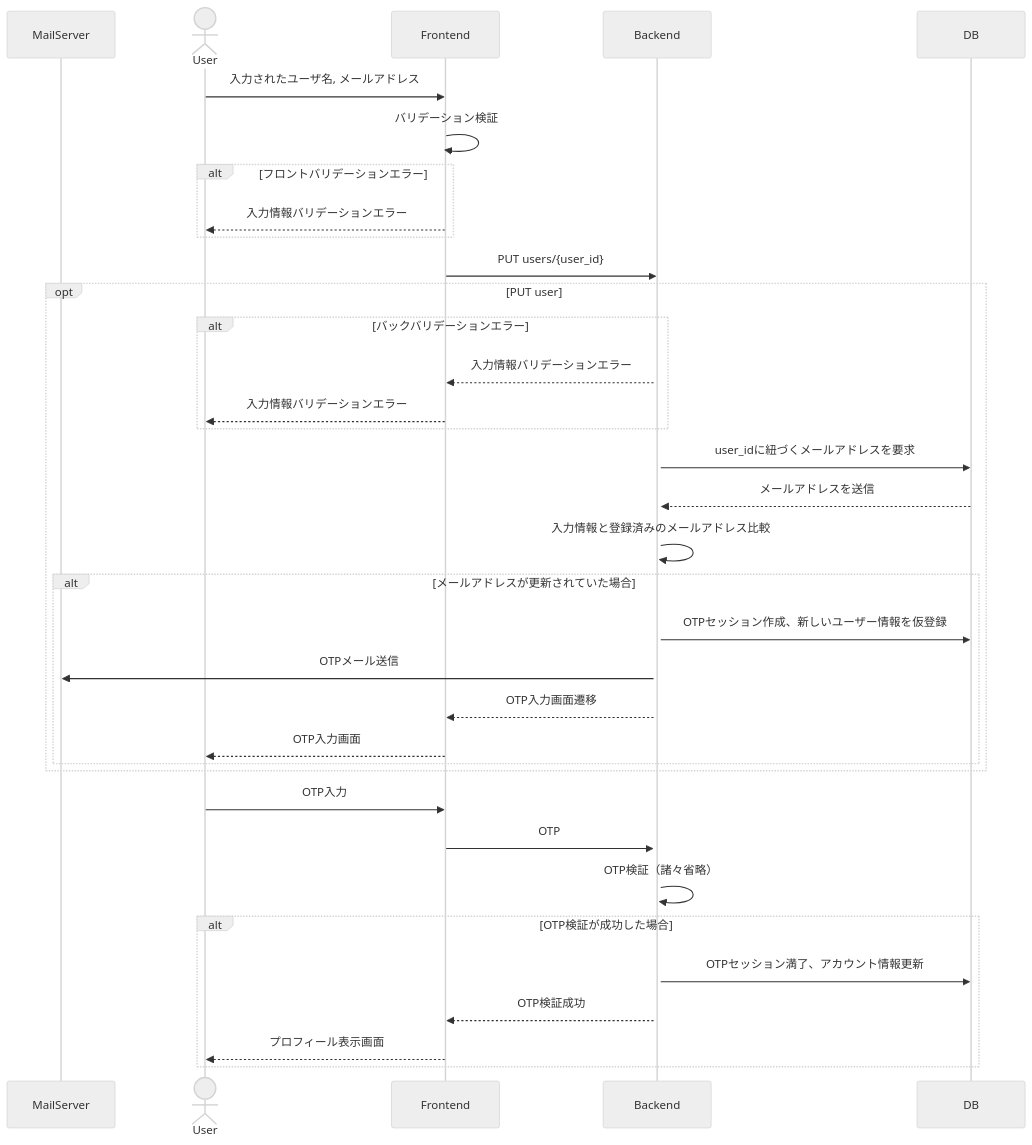
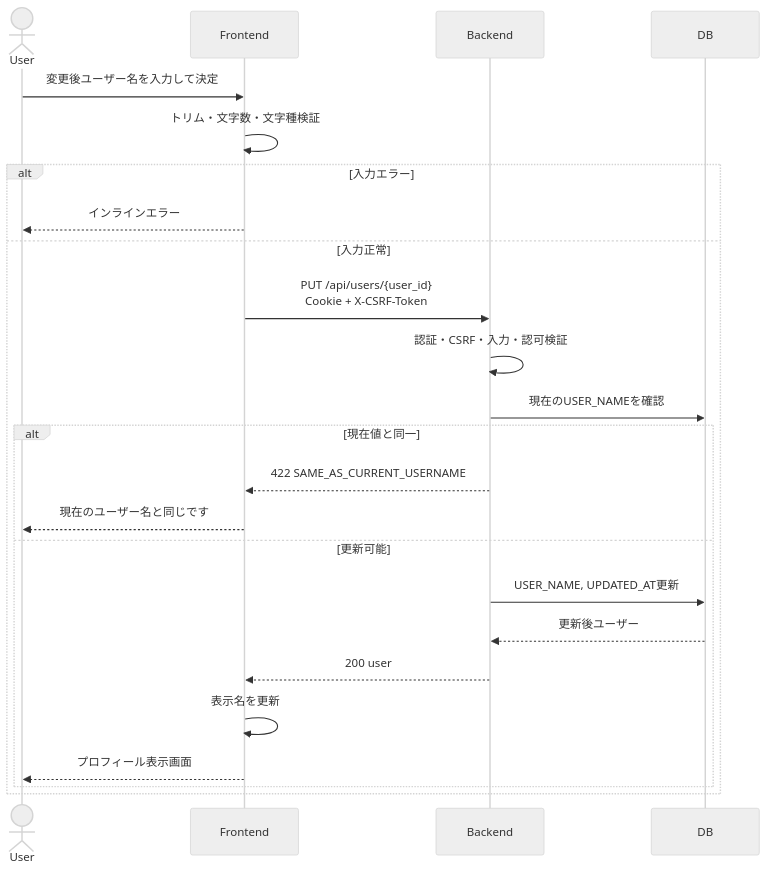
The first of 2 diagrams in docs/design/process_design/02_account_edit.md (TUS-TI-dev-team/SyncTask), drawn with Mermaid (neutral theme) before and after one commit. The commit also changed other lines of this file and 7 other files, not shown here.

````diff
--- a/docs/design/process_design/02_account_edit.md
+++ b/docs/design/process_design/02_account_edit.md
@@ -5,42 +28,26 @@
 ```mermaid
 sequenceDiagram
-	participant MailServer
-	actor User
-	participant Frontend
-	participant Backend
-	participant DB
-
-	User->>Frontend: 入力されたユーザ名, メールアドレス
-	Frontend->>Frontend: バリデーション検証
-	alt フロントバリデーションエラー
-		Frontend-->>User: 入力情報バリデーションエラー
-	end
-	Frontend->>Backend: PUT users/{user_id}
-	activate Backend
-	%%put内でユーザ名の検証 - メアド検証 - OTP飛ばす - 画面遷移
-	opt PUT user
-		alt バックバリデーションエラー
-			Backend-->>Frontend: 入力情報バリデーションエラー
-			Frontend-->>User: 入力情報バリデーションエラー
-		end
-		Backend->>DB: user_idに紐づくメールアドレスを要求
-		DB-->>Backend: メールアドレスを送信
-		Backend->>Backend: 入力情報と登録済みのメールアドレス比較
-		alt メールアドレスが更新されていた場合
-			Backend->>DB: OTPセッション作成、新しいユーザー情報を仮登録
-			Backend->>MailServer: OTPメール送信
-			Backend-->>Frontend: OTP入力画面遷移
-			Frontend-->>User: OTP入力画面
-		end
-	end
-
-	User->>Frontend: OTP入力
-	Frontend->>Backend: OTP
-	Backend->>Backend: OTP検証（諸々省略）
-	alt OTP検証が成功した場合
-		Backend->>DB: OTPセッション満了、アカウント情報更新
-		Backend-->>Frontend: OTP検証成功
-		Frontend-->>User: プロフィール表示画面
-	end
-	%%変更完了を通知しプロフィール画面へ
+    actor User
+    participant Frontend
+    participant Backend
+    participant DB
+    User->>Frontend: 変更後ユーザー名を入力して決定
+    Frontend->>Frontend: トリム・文字数・文字種検証
+    alt 入力エラー
+        Frontend-->>User: インラインエラー
+    else 入力正常
+        Frontend->>Backend: PUT /api/users/{user_id}<br/>Cookie + X-CSRF-Token
+        Backend->>Backend: 認証・CSRF・入力・認可検証
+        Backend->>DB: 現在のUSER_NAMEを確認
+        alt 現在値と同一
+            Backend-->>Frontend: 422 SAME_AS_CURRENT_USERNAME
+            Frontend-->>User: 現在のユーザー名と同じです
+        else 更新可能
+            Backend->>DB: USER_NAME, UPDATED_AT更新
+            DB-->>Backend: 更新後ユーザー
+            Backend-->>Frontend: 200 user
+            Frontend->>Frontend: 表示名を更新
+            Frontend-->>User: プロフィール表示画面
+        end
+    end
 ```
````
